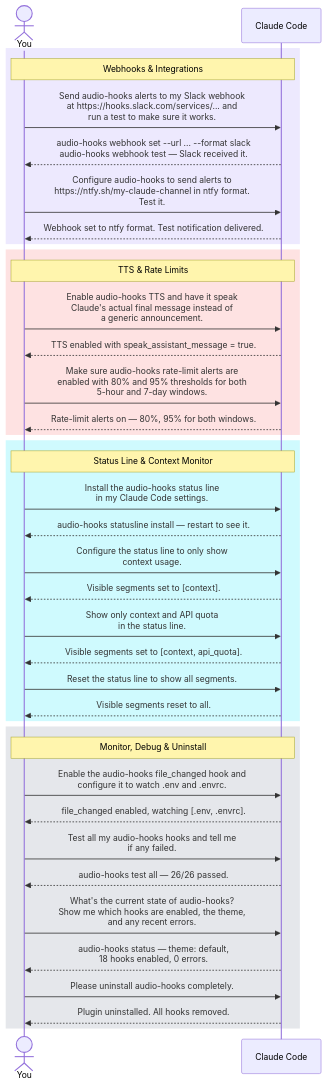
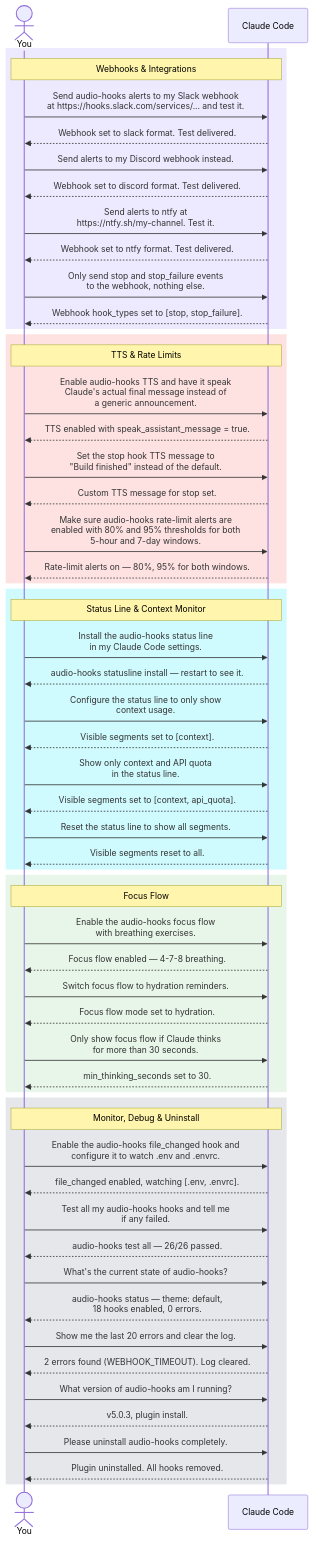
The third of 7 diagrams in README.md (tozaki1545atebau/claude-code-audio-hooks), drawn with Mermaid before and after one commit. The commit also changed other lines of this file, not shown here.

````diff
--- a/README.md
+++ b/README.md
@@ -215,45 +223,65 @@
 ```mermaid
 sequenceDiagram
     actor You as You
     participant CC as Claude Code
 
     rect rgb(237, 233, 254)
     Note over You,CC: Webhooks & Integrations
-    You->>CC: Send audio-hooks alerts to my Slack webhook<br/>at https://hooks.slack.com/services/... and<br/>run a test to make sure it works.
-    CC-->>You: audio-hooks webhook set --url ... --format slack<br/>audio-hooks webhook test — Slack received it.
-    You->>CC: Configure audio-hooks to send alerts to<br/>https://ntfy.sh/my-claude-channel in ntfy format.<br/>Test it.
-    CC-->>You: Webhook set to ntfy format. Test notification delivered.
+    You->>CC: Send audio-hooks alerts to my Slack webhook<br/>at https://hooks.slack.com/services/... and test it.
+    CC-->>You: Webhook set to slack format. Test delivered.
+    You->>CC: Send alerts to my Discord webhook instead.
+    CC-->>You: Webhook set to discord format. Test delivered.
+    You->>CC: Send alerts to ntfy at<br/>https://ntfy.sh/my-channel. Test it.
+    CC-->>You: Webhook set to ntfy format. Test delivered.
+    You->>CC: Only send stop and stop_failure events<br/>to the webhook, nothing else.
+    CC-->>You: Webhook hook_types set to [stop, stop_failure].
     end
 
     rect rgb(254, 226, 226)
     Note over You,CC: TTS & Rate Limits
     You->>CC: Enable audio-hooks TTS and have it speak<br/>Claude's actual final message instead of<br/>a generic announcement.
     CC-->>You: TTS enabled with speak_assistant_message = true.
+    You->>CC: Set the stop hook TTS message to<br/>"Build finished" instead of the default.
+    CC-->>You: Custom TTS message for stop set.
     You->>CC: Make sure audio-hooks rate-limit alerts are<br/>enabled with 80% and 95% thresholds for both<br/>5-hour and 7-day windows.
     CC-->>You: Rate-limit alerts on — 80%, 95% for both windows.
     end
 
     rect rgb(207, 250, 254)
     Note over You,CC: Status Line & Context Monitor
     You->>CC: Install the audio-hooks status line<br/>in my Claude Code settings.
     CC-->>You: audio-hooks statusline install — restart to see it.
     You->>CC: Configure the status line to only show<br/>context usage.
     CC-->>You: Visible segments set to [context].
     You->>CC: Show only context and API quota<br/>in the status line.
     CC-->>You: Visible segments set to [context, api_quota].
     You->>CC: Reset the status line to show all segments.
     CC-->>You: Visible segments reset to all.
     end
 
+    rect rgb(232, 245, 233)
+    Note over You,CC: Focus Flow
+    You->>CC: Enable the audio-hooks focus flow<br/>with breathing exercises.
+    CC-->>You: Focus flow enabled — 4-7-8 breathing.
+    You->>CC: Switch focus flow to hydration reminders.
+    CC-->>You: Focus flow mode set to hydration.
+    You->>CC: Only show focus flow if Claude thinks<br/>for more than 30 seconds.
+    CC-->>You: min_thinking_seconds set to 30.
+    end
+
     rect rgb(229, 231, 235)
     Note over You,CC: Monitor, Debug & Uninstall
     You->>CC: Enable the audio-hooks file_changed hook and<br/>configure it to watch .env and .envrc.
     CC-->>You: file_changed enabled, watching [.env, .envrc].
     You->>CC: Test all my audio-hooks hooks and tell me<br/>if any failed.
     CC-->>You: audio-hooks test all — 26/26 passed.
-    You->>CC: What's the current state of audio-hooks?<br/>Show me which hooks are enabled, the theme,<br/>and any recent errors.
+    You->>CC: What's the current state of audio-hooks?
     CC-->>You: audio-hooks status — theme: default,<br/>18 hooks enabled, 0 errors.
+    You->>CC: Show me the last 20 errors and clear the log.
+    CC-->>You: 2 errors found (WEBHOOK_TIMEOUT). Log cleared.
+    You->>CC: What version of audio-hooks am I running?
+    CC-->>You: v5.0.3, plugin install.
     You->>CC: Please uninstall audio-hooks completely.
     CC-->>You: Plugin uninstalled. All hooks removed.
     end
 ```
````
